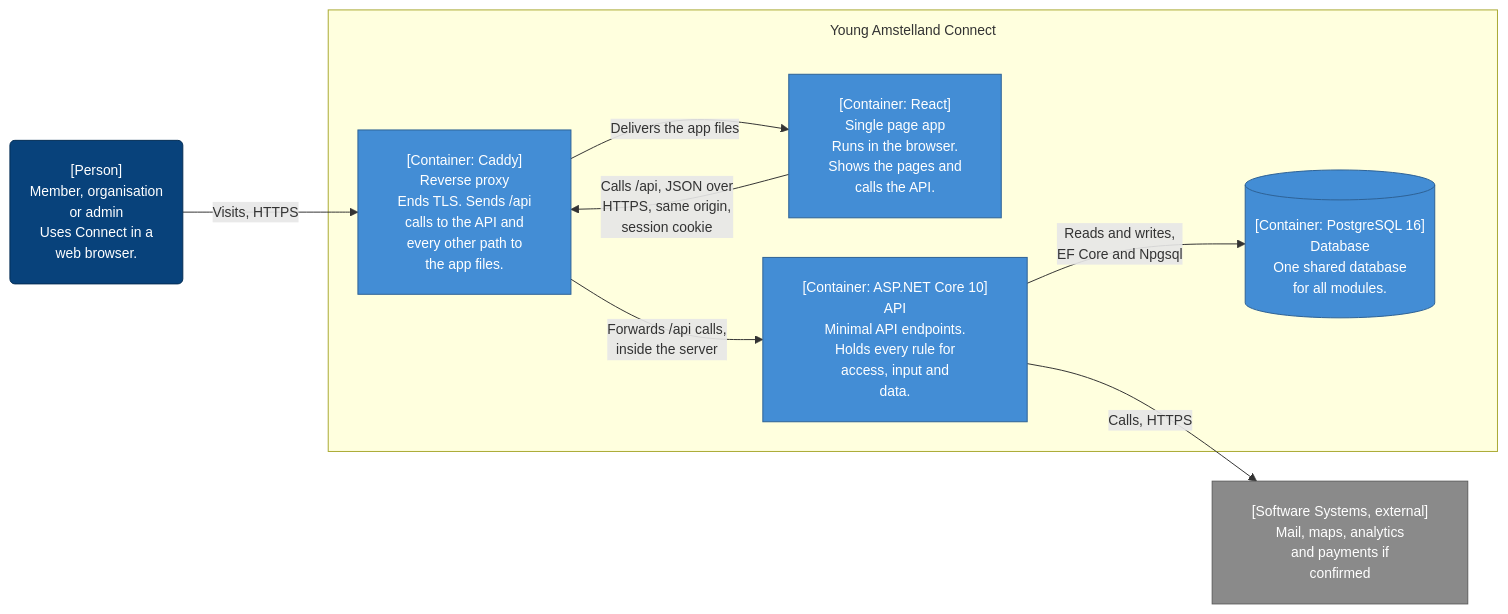
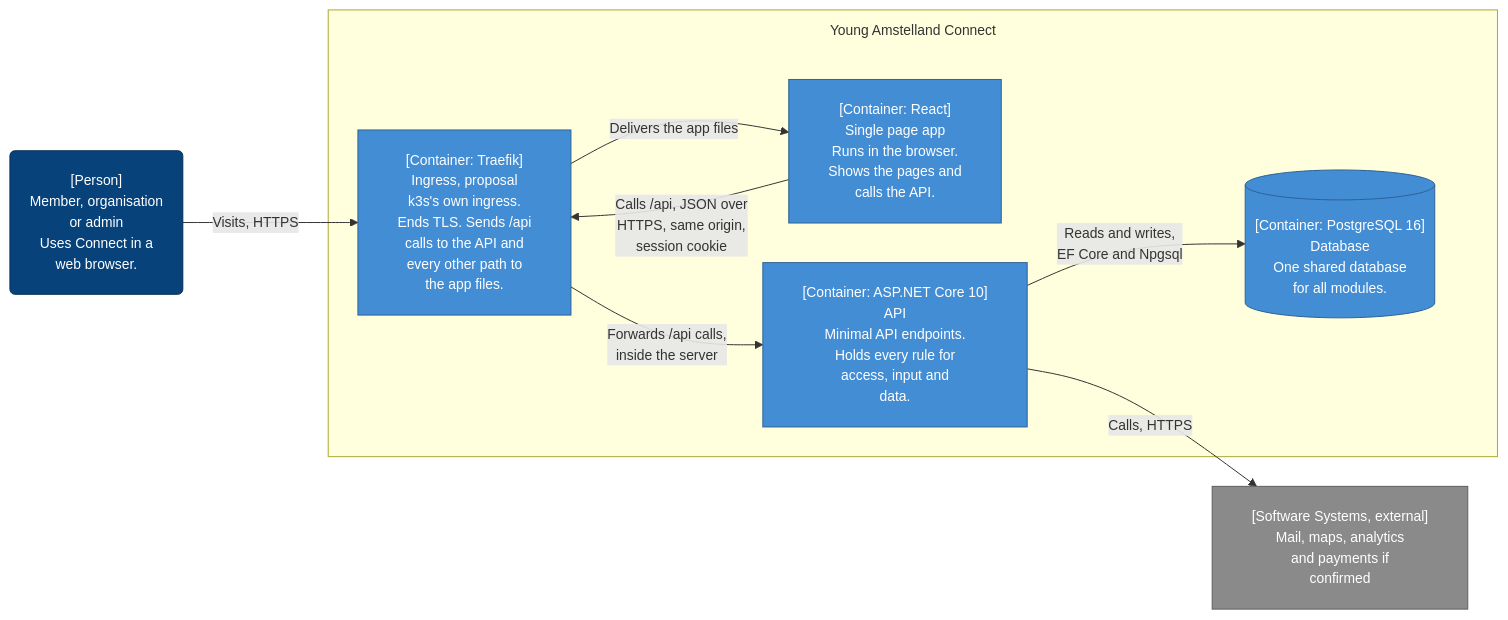
The third of 5 diagrams in docs/wesley/securityAndArchitectureEvidence.md (guruITA/connect-nine), drawn with Mermaid before and after one commit. The commit also changed other lines of this file and 4 other files, not shown here.

Commit message:
docs(docs): add Kubernetes and mermaid diagrams to the architecture and research documents (#38)

````diff
--- a/docs/wesley/securityAndArchitectureEvidence.md
+++ b/docs/wesley/securityAndArchitectureEvidence.md
@@ -111,24 +134,24 @@
 ```mermaid
 %%{init: {'flowchart': {'wrappingWidth': 220, 'padding': 20, 'nodeSpacing': 40, 'rankSpacing': 60, 'subGraphTitleMargin': {'top': 10, 'bottom': 25}}, 'themeVariables': {'fontSize': '14px'}}}%%
 flowchart LR
     user("[Person]<br/>Member, organisation<br/>or admin<br/>Uses Connect in a<br/>web browser.")
     subgraph connect ["Young Amstelland Connect"]
-        proxy["[Container: Caddy]<br/>Reverse proxy<br/>Ends TLS. Sends /api<br/>calls to the API and<br/>every other path to<br/>the app files."]
+        proxy["[Container: Traefik]<br/>Ingress, proposal<br/>k3s's own ingress.<br/>Ends TLS. Sends /api<br/>calls to the API and<br/>every other path to<br/>the app files."]
         spa["[Container: React]<br/>Single page app<br/>Runs in the browser.<br/>Shows the pages and<br/>calls the API."]
         api["[Container: ASP.NET Core 10]<br/>API<br/>Minimal API endpoints.<br/>Holds every rule for<br/>access, input and<br/>data."]
         db[("[Container: PostgreSQL 16]<br/>Database<br/>One shared database<br/>for all modules.")]
     end
     ext["[Software Systems, external]<br/>Mail, maps, analytics<br/>and payments if<br/>confirmed"]
     user -->|"Visits, HTTPS"| proxy
     proxy -->|"Delivers the app files"| spa
     spa -->|"Calls /api, JSON over<br/>HTTPS, same origin,<br/>session cookie"| proxy
     proxy -->|"Forwards /api calls,<br/>inside the server"| api
     api -->|"Reads and writes,<br/>EF Core and Npgsql"| db
     api -->|"Calls, HTTPS"| ext
     classDef person fill:#08427b,color:#ffffff,stroke:#052e56
     classDef container fill:#438dd5,color:#ffffff,stroke:#2e6295
     classDef external fill:#8a8a8a,color:#ffffff,stroke:#5e5e5e
     class user person
     class proxy,spa,api,db container
     class ext external
 ```
````
